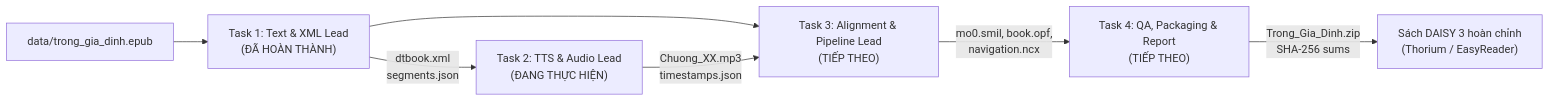
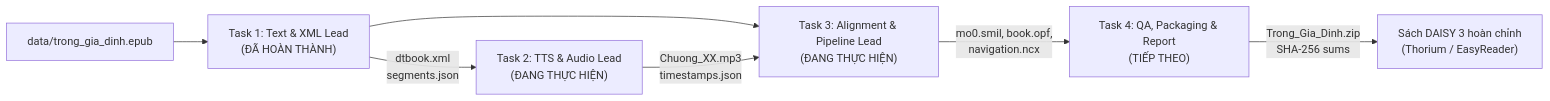
The diagram in agent.md (Brianlamquang/DAISY3-Voice-Processing), drawn with Mermaid before and after one commit. The commit also changed other lines of this file and 24 other files, not shown here.

````diff
--- a/agent.md
+++ b/agent.md
@@ -13,9 +13,9 @@
 ```mermaid
 flowchart LR
     A["data/trong_gia_dinh.epub"] --> B["Task 1: Text & XML Lead\n(ĐÃ HOÀN THÀNH)"]
     B -->|"dtbook.xml\nsegments.json"| C["Task 2: TTS & Audio Lead\n(ĐANG THỰC HIỆN)"]
-    B --> D["Task 3: Alignment & Pipeline Lead\n(TIẾP THEO)"]
+    B --> D["Task 3: Alignment & Pipeline Lead\n(ĐANG THỰC HIỆN)"]
     C -->|"Chuong_XX.mp3\ntimestamps.json"| D
     D -->|"mo0.smil, book.opf,\nnavigation.ncx"| E["Task 4: QA, Packaging & Report\n(TIẾP THEO)"]
     E -->|"Trong_Gia_Dinh.zip\nSHA-256 sums"| F["Sách DAISY 3 hoàn chỉnh\n(Thorium / EasyReader)"]
 ```
````
